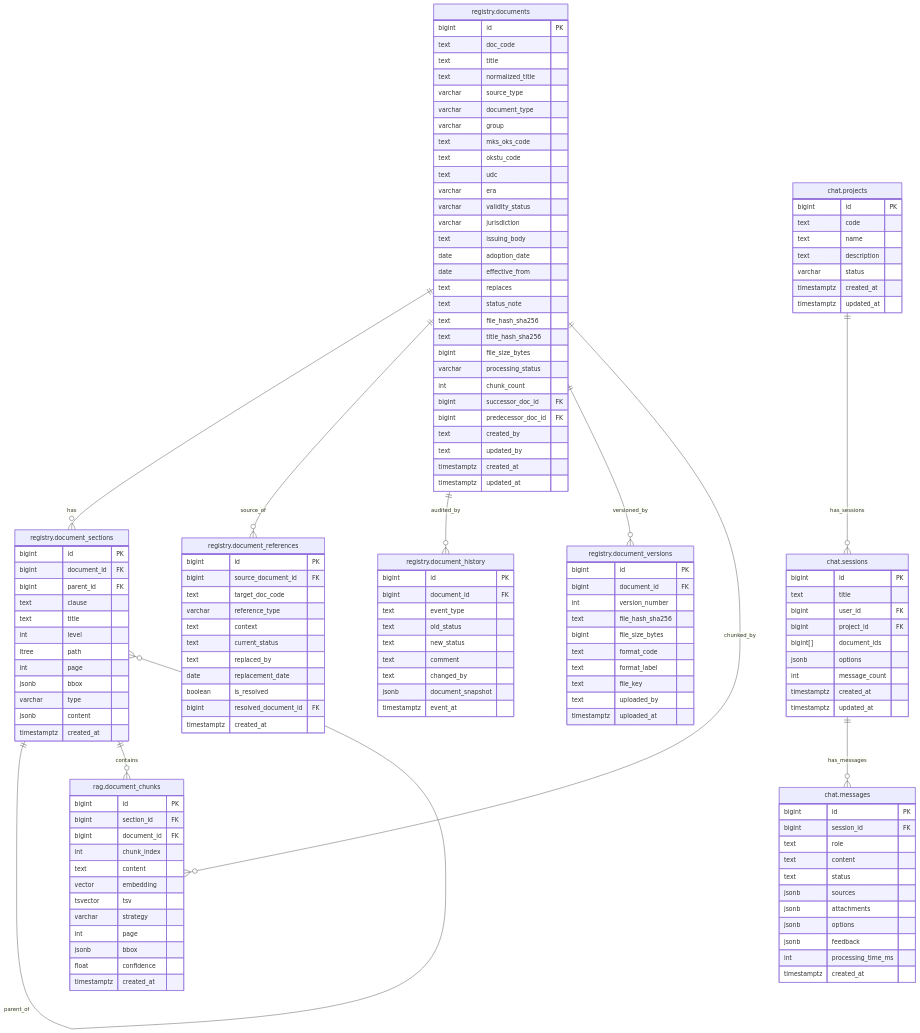
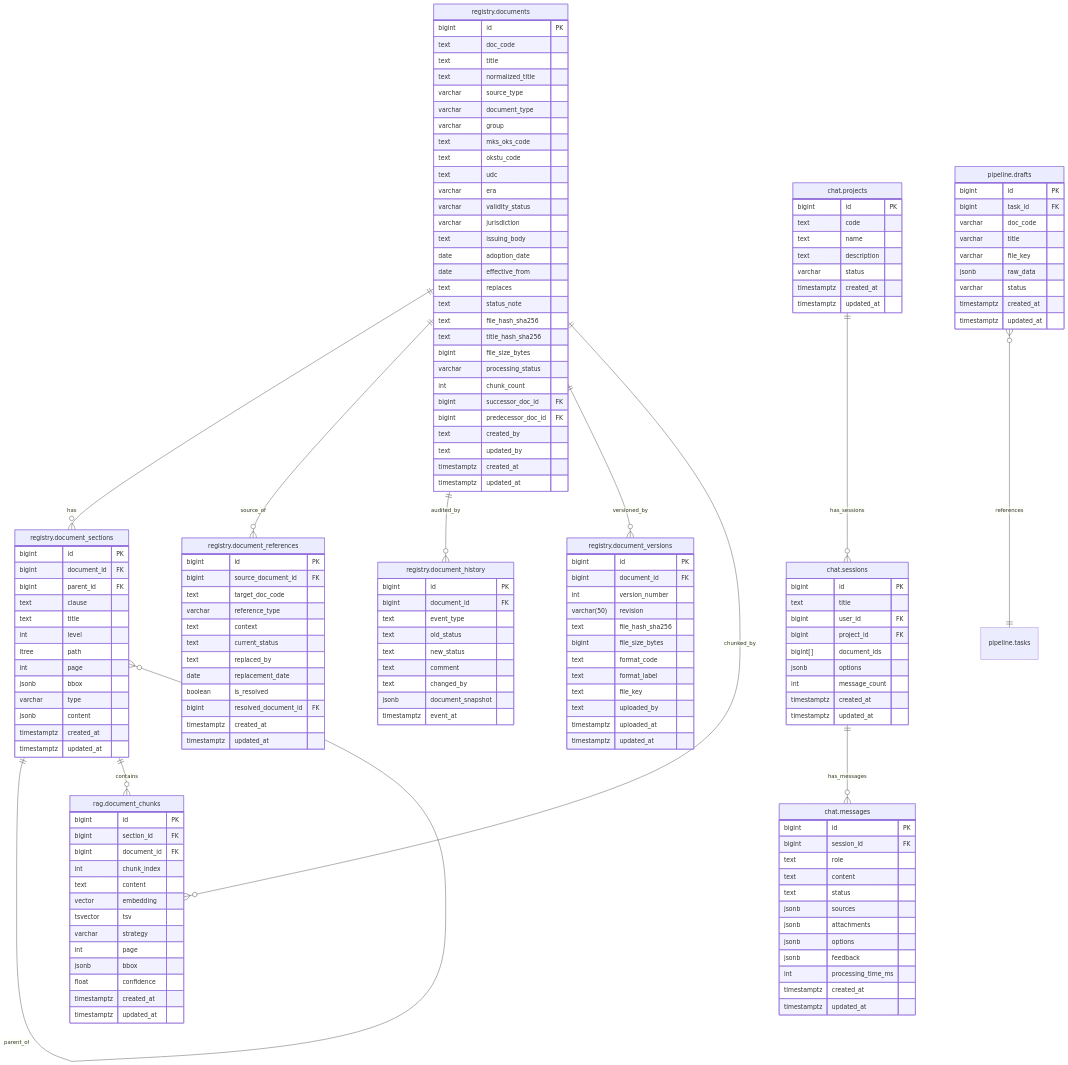
Before and after one commit to MasterKSAF/PKB: the diagram in docs/database/db_diagrams.md, drawn with Mermaid. The commit also changed other lines of this file and 16 other files, not shown here.

````diff
--- a/docs/database/db_diagrams.md
+++ b/docs/database/db_diagrams.md
@@ -53,6 +53,7 @@
         varchar type
         jsonb content
         timestamptz created_at
+        timestamptz updated_at
     }
 
     registry.document_references {
@@ -67,12 +68,14 @@
         boolean is_resolved
         bigint resolved_document_id FK
         timestamptz created_at
+        timestamptz updated_at
     }
 
     registry.document_versions {
         bigint id PK
         bigint document_id FK
         int version_number
+        varchar(50) revision
         text file_hash_sha256
         bigint file_size_bytes
         text format_code
@@ -80,6 +83,19 @@
         text file_key
         text uploaded_by
         timestamptz uploaded_at
+        timestamptz updated_at
+    }
+
+    pipeline.drafts {
+        bigint id PK
+        bigint task_id FK
+        varchar doc_code
+        varchar title
+        varchar file_key
+        jsonb raw_data
+        varchar status
+        timestamptz created_at
+        timestamptz updated_at
     }
 
     registry.document_history {
@@ -107,6 +123,7 @@
         jsonb bbox
         float confidence
         timestamptz created_at
+        timestamptz updated_at
     }
 
     chat.projects {
@@ -130,6 +147,7 @@
         timestamptz created_at
         timestamptz updated_at
     }
+    %% FK user_id -> auth.users.id (будет создана после развёртывания Auth Service)
 
     chat.messages {
         bigint id PK
@@ -143,6 +161,7 @@
         jsonb feedback
         int processing_time_ms
         timestamptz created_at
+        timestamptz updated_at
     }
 
     registry.documents ||--o{ registry.document_sections : has
@@ -154,4 +173,6 @@
     registry.documents ||--o{ rag.document_chunks : chunked_by
     chat.projects ||--o{ chat.sessions : has_sessions
     chat.sessions ||--o{ chat.messages : has_messages
+
+    pipeline.drafts }o--|| pipeline.tasks : references
 ```
````
